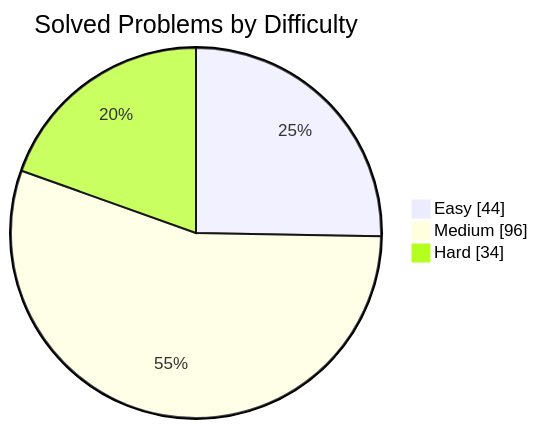
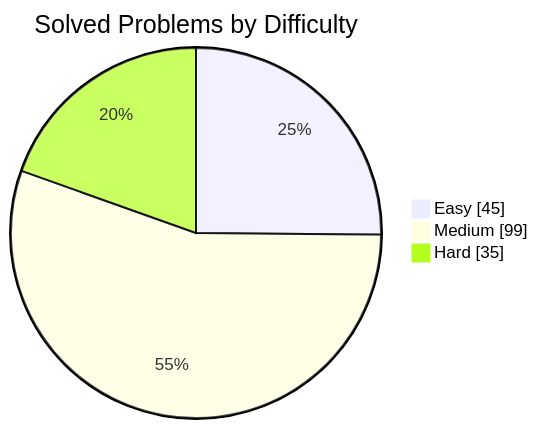
The first of 2 diagrams in README.md (manikantbindass/DSA-Preparation-FAANG), drawn with Mermaid before and after one commit. The commit also changed other lines of this file, not shown here.

````diff
--- a/README.md
+++ b/README.md
@@ -38,7 +38,7 @@
 ```mermaid
 pie showData
     title Solved Problems by Difficulty
-    "Easy" : 44
-    "Medium" : 96
-    "Hard" : 34
+    "Easy" : 45
+    "Medium" : 99
+    "Hard" : 35
 ```
````
